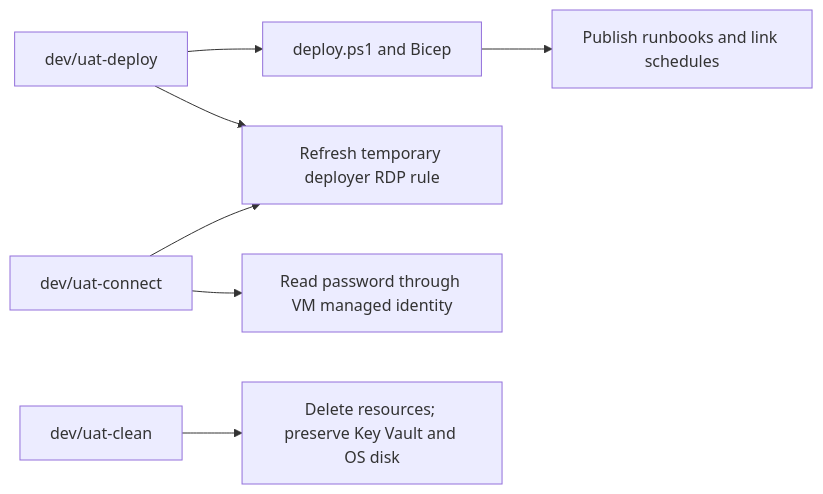
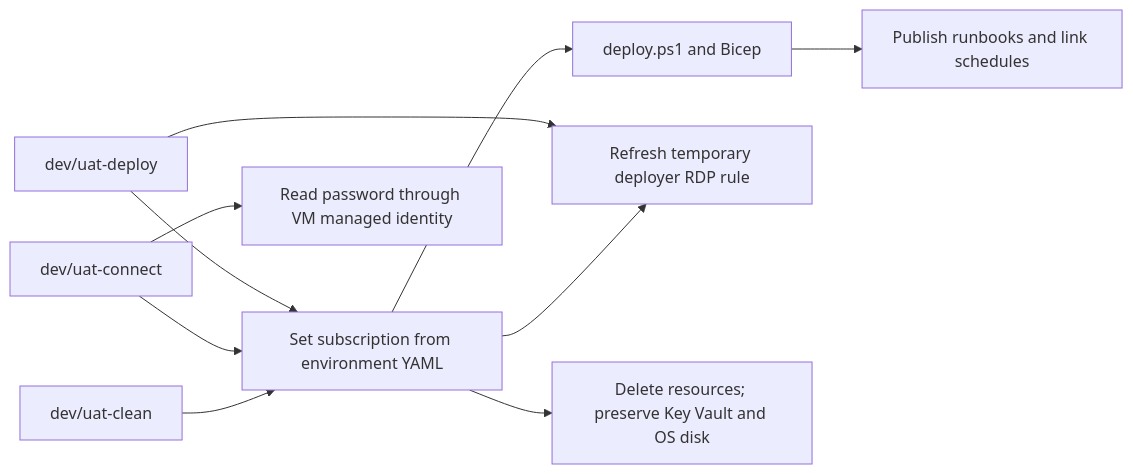
The diagram in README.md (abzach/ai-infra-bicep), drawn with Mermaid before and after one commit. The commit also changed other lines of this file and 37 other files, not shown here.

````diff
--- a/README.md
+++ b/README.md
@@ -52,9 +53,12 @@
 ```mermaid
 flowchart LR
-   Deploy[dev/uat-deploy] --> Bicep[deploy.ps1 and Bicep]
+   Deploy[dev/uat-deploy] --> Context[Set subscription from environment YAML]
+   Context --> Bicep[deploy.ps1 and Bicep]
    Bicep --> Publish[Publish runbooks and link schedules]
    Deploy --> Rdp[Refresh temporary deployer RDP rule]
-   Connect[dev/uat-connect] --> Rdp
+   Connect[dev/uat-connect] --> Context
+   Context --> Rdp
    Connect --> Password[Read password through VM managed identity]
-   Clean[dev/uat-clean] --> Preserve[Delete resources; preserve Key Vault and OS disk]
+   Clean[dev/uat-clean] --> Context
+   Context --> Preserve[Delete resources; preserve Key Vault and OS disk]
 ```
````
